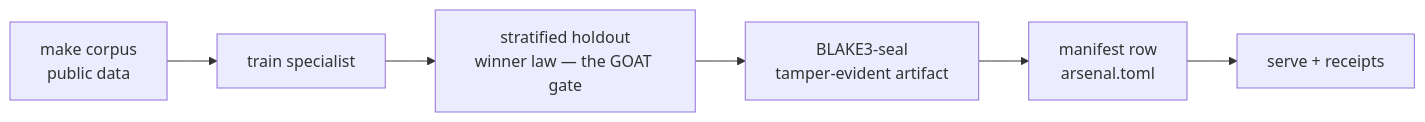
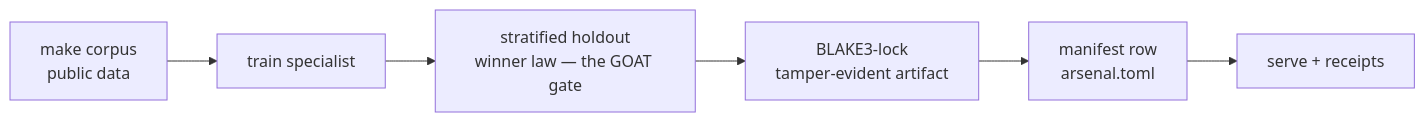
The diagram in .docs/05_resources/dev_flow.md (gist-rs/riir-instinct), drawn with Mermaid before and after one commit. The commit also changed other lines of this file and 5 other files, not shown here.

First line of the commit message:
docs: vocabulary — "seal/sealed" -> "lock/locked" in the public-by-mirror education docs + re-rendered figures

````diff
--- a/.docs/05_resources/dev_flow.md
+++ b/.docs/05_resources/dev_flow.md
@@ -19,6 +19,6 @@
 ```mermaid
 %% file: dev_flow.svg
-%% aria: The Instinct development build flow: a corpus is made from public data, a per-domain specialist is trained on it, a stratified holdout read applies the winner law so only a strict win over the free engine survives, the passing artifact is BLAKE3-sealed, registered as a manifest row, and served with decision receipts
+%% aria: The Instinct development build flow: a corpus is made from public data, a per-domain specialist is trained on it, a stratified holdout read applies the winner law so only a strict win over the free engine survives, the passing artifact is BLAKE3-locked, registered as a manifest row, and served with decision receipts
 flowchart LR
-  C["make corpus<br/>public data"] --> T["train specialist"] --> H["stratified holdout<br/>winner law — the GOAT gate"] --> S["BLAKE3-seal<br/>tamper-evident artifact"] --> M["manifest row<br/>arsenal.toml"] --> V["serve + receipts"]
+  C["make corpus<br/>public data"] --> T["train specialist"] --> H["stratified holdout<br/>winner law — the GOAT gate"] --> S["BLAKE3-lock<br/>tamper-evident artifact"] --> M["manifest row<br/>arsenal.toml"] --> V["serve + receipts"]
 ```
````
